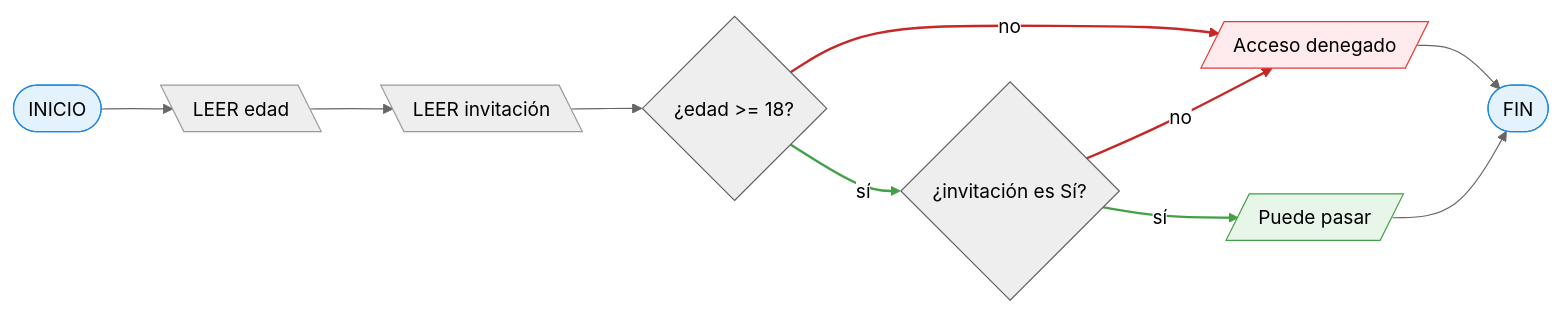
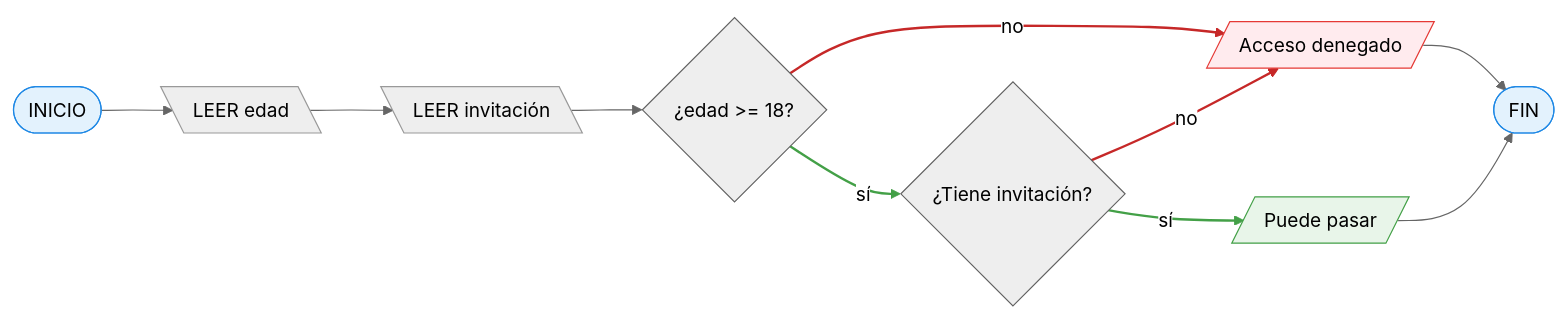
The second of 2 diagrams in content/actividad/16-marzo-2026.md (AlexJYad/F5-web-knowledge), drawn with Mermaid (neutral theme) before and after one commit. The commit also changed 1 other file, not shown here.

Commit message:
fix: actividades

````diff
--- a/content/actividad/16-marzo-2026.md
+++ b/content/actividad/16-marzo-2026.md
@@ -97,40 +97,40 @@
 ```mermaid
 flowchart LR
    A([INICIO])
    Z([FIN])
 
 
    B[\LEER edad\]
    C[\LEER invitación\]
 
    S0{¿edad >= 18?}
 
-   S1{¿invitación es Sí?}
+   S1{¿Tiene invitación?}
    S1s[/"Puede pasar"/]
 
    S0n[/"Acceso denegado"/]
 
    A --> B
    B --> C
    C --> S0
    S0 --> |sí| S1
    S0 --> |no| S0n --> Z
 
    S1 --> |sí| S1s --> Z
    S1 --> |no| S0n
 
    classDef InFin fill:#e3f2fd,stroke:#1e88e5,stroke-width:1px
    classDef SI fill:#e8f5e9,stroke:#43a047,stroke-width:1px
    classDef OR fill:#ffe0b2,stroke:#fb8c00,stroke-width:1px
    classDef NO fill:#fff8e1,stroke:#f9a825,stroke-width:1px
    classDef error fill:#ffebee,stroke:#e53935,stroke-width:1px
    classDef decision fill:#eeeeee,stroke:#616161,stroke-width:1px
 
    class A,Z InFin
    class S0,S1 decision
    class S0n error
    class S1s SI
 
    linkStyle 4,8 stroke:#c62828,stroke-width:2px
    linkStyle 3,6 stroke:#43a047,stroke-width:2px
 ```
````
